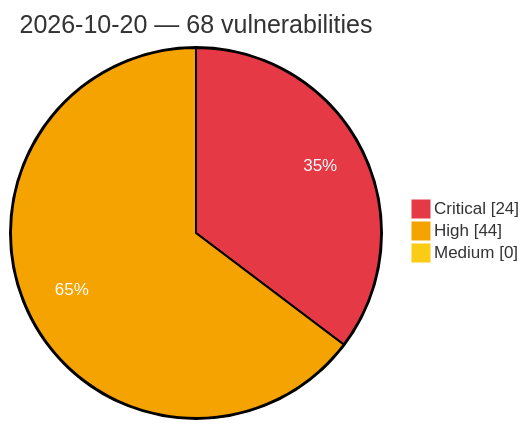
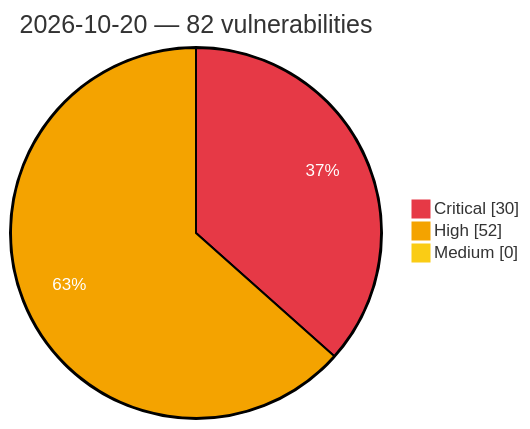
The diagram in vulnerabilities/2026/October/2026-10-20.md (GhostX0X/vuln-tracker), drawn with Mermaid before and after one commit. The commit also changed other lines of this file and 5 other files, not shown here.

Commit message:
Auto update: critical/high vulns (2026-10-20 21:14 UTC)

````diff
--- a/vulnerabilities/2026/October/2026-10-20.md
+++ b/vulnerabilities/2026/October/2026-10-20.md
@@ -3,8 +3,8 @@
 ```mermaid
 %%{init: {'theme':'base', 'themeVariables': {'pie1':'#e63946', 'pie2':'#f4a300', 'pie3':'#facc15', 'pieOpacity':'1', 'pieOuterStrokeWidth':'2px', 'pieSectionTextColor':'#ffffff'}}}%%
 pie showData
-    title 2026-10-20 — 68 vulnerabilities
-    "Critical" : 24
-    "High" : 44
+    title 2026-10-20 — 82 vulnerabilities
+    "Critical" : 30
+    "High" : 52
     "Medium" : 0
 ```
````
